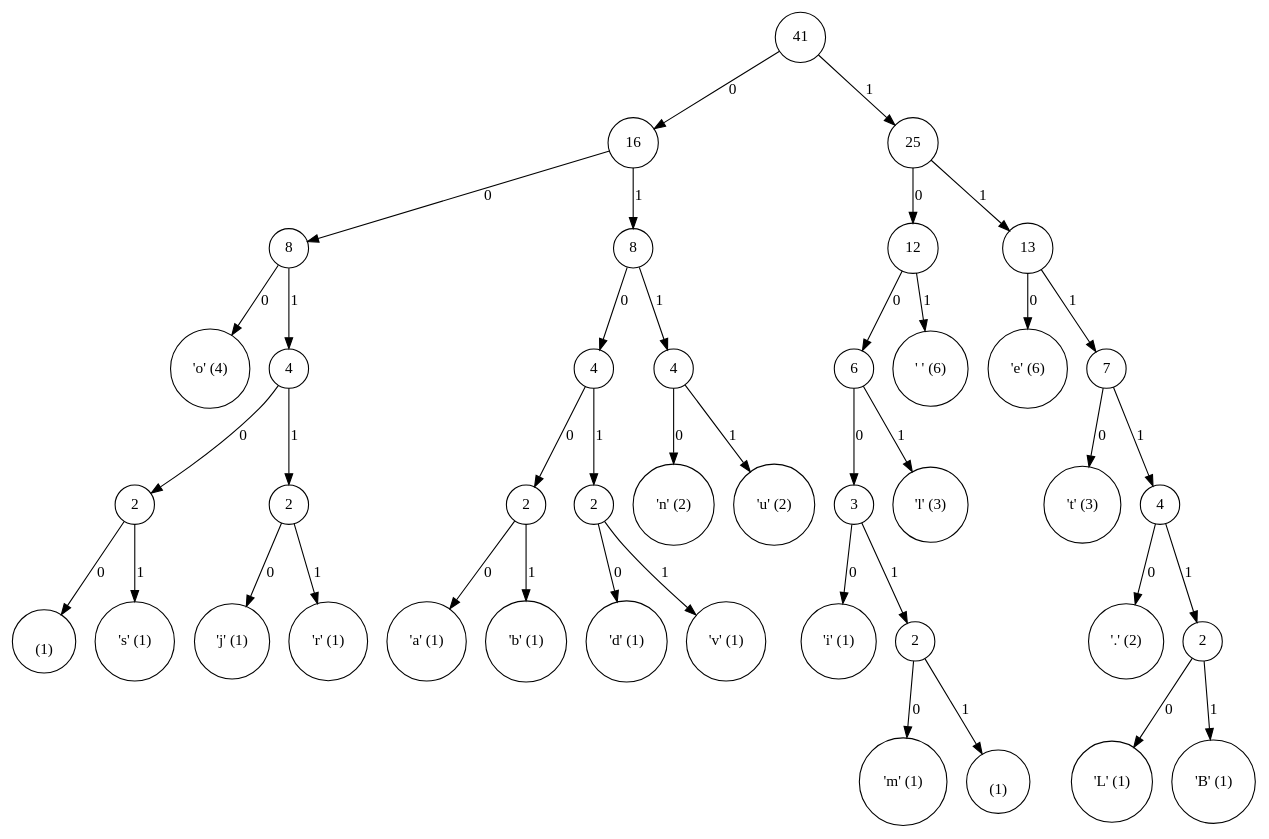
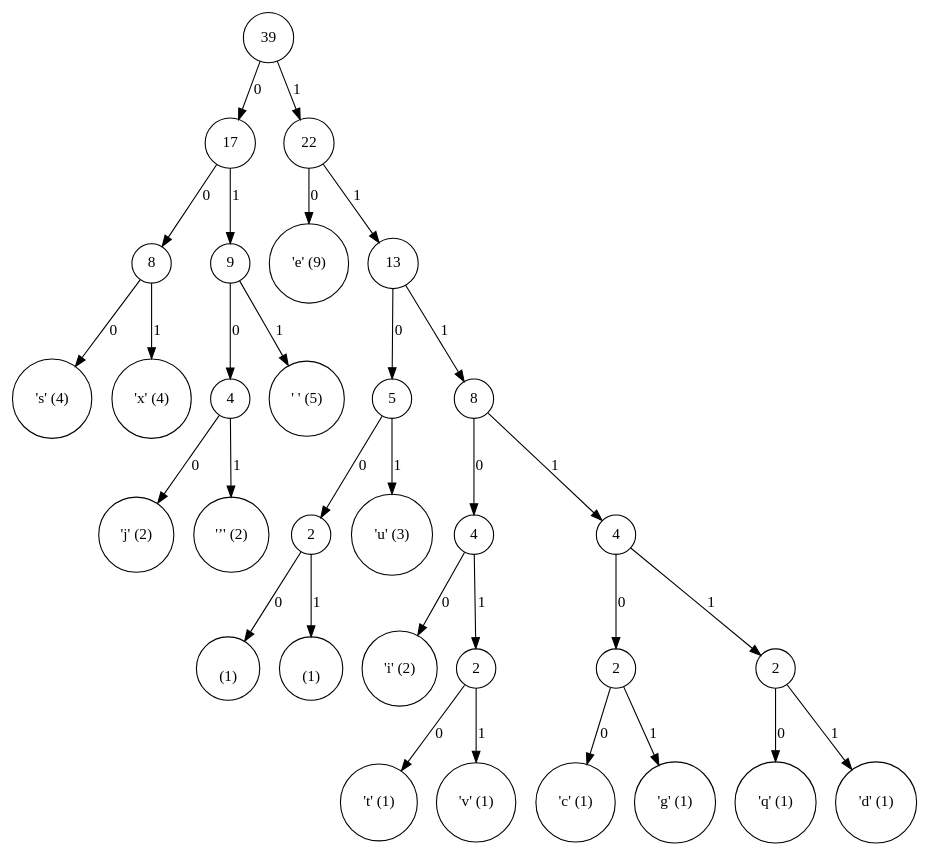
Before and after one commit to MohamedSAIFI0/huffman_coding: the diagram in huffman_tree.dot, drawn with Graphviz. The commit also changed 7 other files, not shown here.

```diff
--- a/huffman_tree.dot
+++ b/huffman_tree.dot
@@ -1,84 +1,64 @@
 digraph HuffmanTree {
     node [shape=circle];
-    2040495657 [label="41"];
-    661672156 [label="16"];
-    96639997 [label="8"];
-    128893786 [label="'o' (4)"];
+    1267032364 [label="39"];
+    96639997 [label="17"];
+    128893786 [label="8"];
+    1732398722 [label="'s' (4)"];
+    128893786 -> 1732398722 [label="0"];
+    815033865 [label="'x' (4)"];
+    128893786 -> 815033865 [label="1"];
     96639997 -> 128893786 [label="0"];
-    752848266 [label="4"];
-    815033865 [label="2"];
-    1555093762 [label="\n (1)"];
-    815033865 -> 1555093762 [label="0"];
-    1190900417 [label="'s' (1)"];
-    815033865 -> 1190900417 [label="1"];
-    752848266 -> 815033865 [label="0"];
-    379110473 [label="2"];
-    99550389 [label="'j' (1)"];
-    379110473 -> 99550389 [label="0"];
-    1598924227 [label="'r' (1)"];
-    379110473 -> 1598924227 [label="1"];
-    752848266 -> 379110473 [label="1"];
-    96639997 -> 752848266 [label="1"];
-    661672156 -> 96639997 [label="0"];
-    1144748369 [label="8"];
-    340870931 [label="4"];
-    1768305536 [label="2"];
-    1530388690 [label="'a' (1)"];
+    1555093762 [label="9"];
+    1190900417 [label="4"];
+    379110473 [label="'j' (2)"];
+    1190900417 -> 379110473 [label="0"];
+    99550389 [label="'’' (2)"];
+    1190900417 -> 99550389 [label="1"];
+    1555093762 -> 1190900417 [label="0"];
+    1598924227 [label="' ' (5)"];
+    1555093762 -> 1598924227 [label="1"];
+    96639997 -> 1555093762 [label="1"];
+    1267032364 -> 96639997 [label="0"];
+    1144748369 [label="22"];
+    340870931 [label="'e' (9)"];
+    1144748369 -> 340870931 [label="0"];
+    1768305536 [label="13"];
+    1530388690 [label="5"];
+    1146743572 [label="2"];
+    1512981843 [label="\n (1)"];
+    1146743572 -> 1512981843 [label="0"];
+    42768293 [label="\r (1)"];
+    1146743572 -> 42768293 [label="1"];
+    1530388690 -> 1146743572 [label="0"];
+    1717159510 [label="'u' (3)"];
+    1530388690 -> 1717159510 [label="1"];
     1768305536 -> 1530388690 [label="0"];
-    1146743572 [label="'b' (1)"];
-    1768305536 -> 1146743572 [label="1"];
-    340870931 -> 1768305536 [label="0"];
-    1512981843 [label="2"];
-    42768293 [label="'d' (1)"];
-    1512981843 -> 42768293 [label="0"];
-    1717159510 [label="'v' (1)"];
-    1512981843 -> 1717159510 [label="1"];
-    340870931 -> 1512981843 [label="1"];
-    1144748369 -> 340870931 [label="0"];
-    1834188994 [label="4"];
-    1174361318 [label="'n' (2)"];
+    1834188994 [label="8"];
+    1174361318 [label="4"];
+    589873731 [label="'i' (2)"];
+    1174361318 -> 589873731 [label="0"];
+    200006406 [label="2"];
+    2052001577 [label="'t' (1)"];
+    200006406 -> 2052001577 [label="0"];
+    1160264930 [label="'v' (1)"];
+    200006406 -> 1160264930 [label="1"];
+    1174361318 -> 200006406 [label="1"];
     1834188994 -> 1174361318 [label="0"];
-    589873731 [label="'u' (2)"];
-    1834188994 -> 589873731 [label="1"];
-    1144748369 -> 1834188994 [label="1"];
-    661672156 -> 1144748369 [label="1"];
-    2040495657 -> 661672156 [label="0"];
-    200006406 [label="25"];
-    2052001577 [label="12"];
-    1160264930 [label="6"];
-    544724190 [label="3"];
-    1972439101 [label="'i' (1)"];
+    544724190 [label="4"];
+    1972439101 [label="2"];
+    2007328737 [label="'c' (1)"];
+    1972439101 -> 2007328737 [label="0"];
+    1936628443 [label="'g' (1)"];
+    1972439101 -> 1936628443 [label="1"];
     544724190 -> 1972439101 [label="0"];
-    2007328737 [label="2"];
-    1936628443 [label="'m' (1)"];
-    2007328737 -> 1936628443 [label="0"];
-    1830908236 [label="\r (1)"];
-    2007328737 -> 1830908236 [label="1"];
-    544724190 -> 2007328737 [label="1"];
-    1160264930 -> 544724190 [label="0"];
-    277630005 [label="'l' (3)"];
-    1160264930 -> 277630005 [label="1"];
-    2052001577 -> 1160264930 [label="0"];
-    1288354730 [label="' ' (6)"];
-    2052001577 -> 1288354730 [label="1"];
-    200006406 -> 2052001577 [label="0"];
-    1274370218 [label="13"];
-    758705033 [label="'e' (6)"];
-    1274370218 -> 758705033 [label="0"];
-    1604839423 [label="7"];
-    1177096266 [label="'t' (3)"];
-    1604839423 -> 1177096266 [label="0"];
-    670576685 [label="4"];
-    1299641336 [label="'.' (2)"];
-    670576685 -> 1299641336 [label="0"];
-    764308918 [label="2"];
-    598446861 [label="'L' (1)"];
-    764308918 -> 598446861 [label="0"];
-    1161082381 [label="'B' (1)"];
-    764308918 -> 1161082381 [label="1"];
-    670576685 -> 764308918 [label="1"];
-    1604839423 -> 670576685 [label="1"];
-    1274370218 -> 1604839423 [label="1"];
-    200006406 -> 1274370218 [label="1"];
-    2040495657 -> 200006406 [label="1"];
+    1830908236 [label="2"];
+    277630005 [label="'q' (1)"];
+    1830908236 -> 277630005 [label="0"];
+    1288354730 [label="'d' (1)"];
+    1830908236 -> 1288354730 [label="1"];
+    544724190 -> 1830908236 [label="1"];
+    1834188994 -> 544724190 [label="1"];
+    1768305536 -> 1834188994 [label="1"];
+    1144748369 -> 1768305536 [label="1"];
+    1267032364 -> 1144748369 [label="1"];
 }
```
